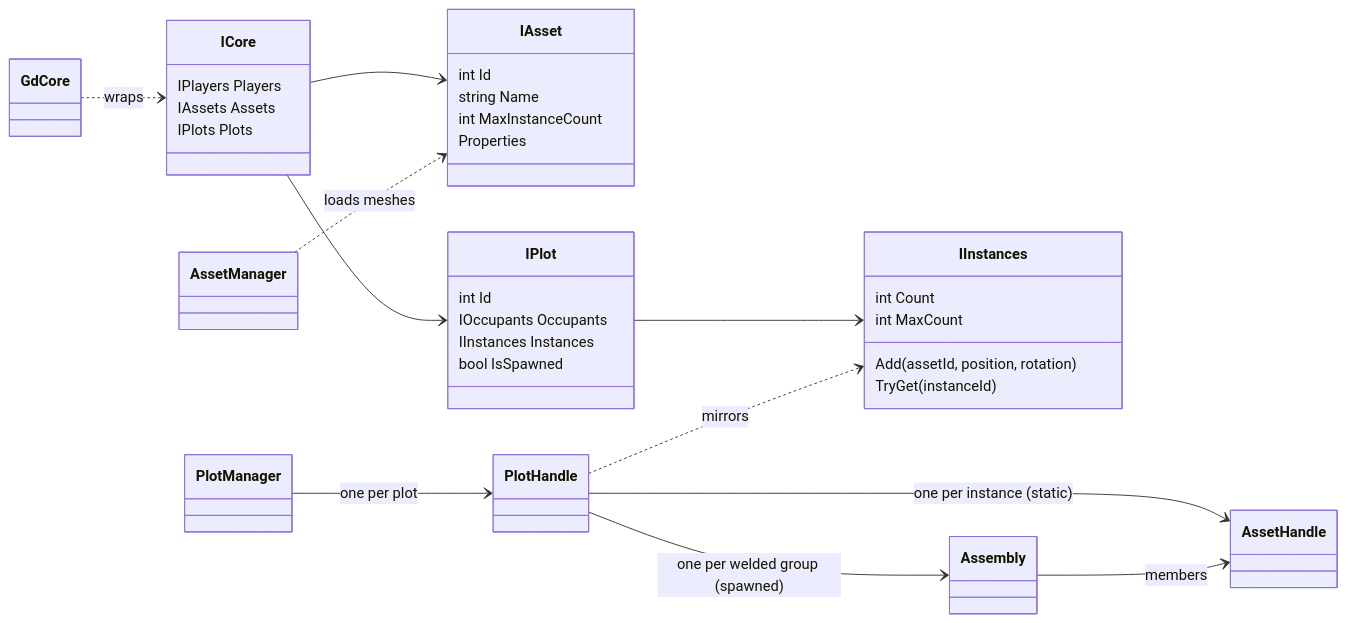
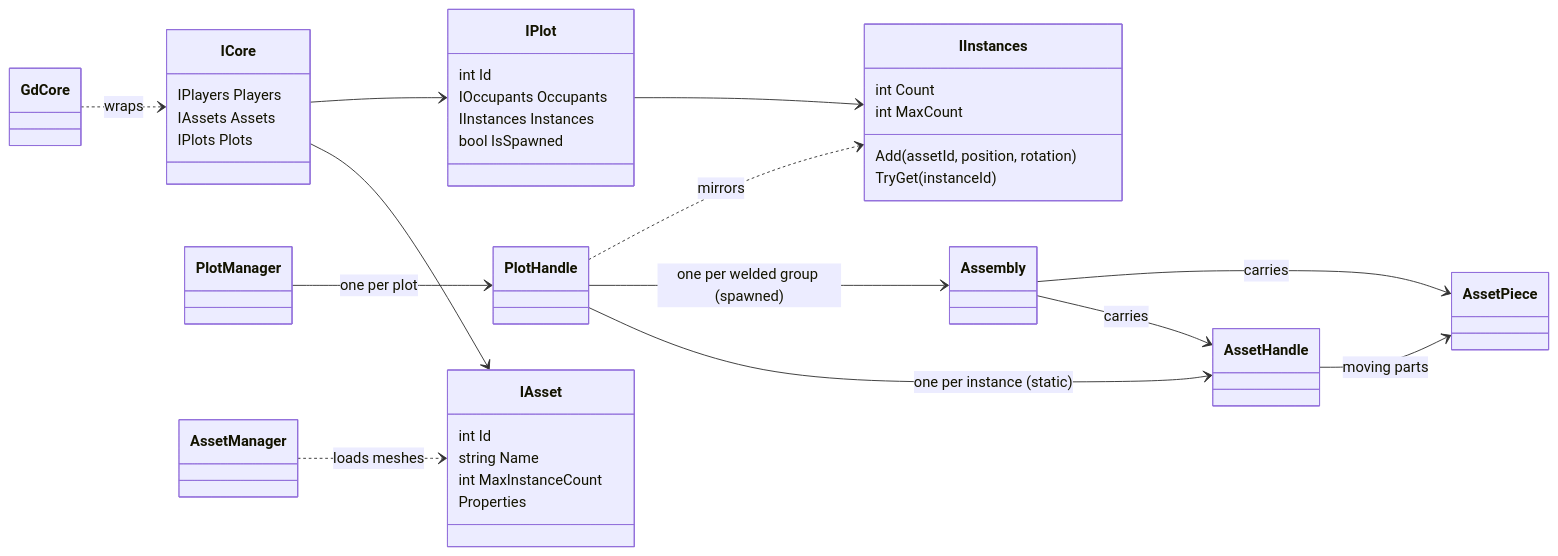
The third of 7 diagrams in .github/README.md (SubParSuperCar/Ensemble), drawn with Mermaid before and after one commit. The commit also changed other lines of this file and 33 other files, not shown here.

````diff
--- a/.github/README.md
+++ b/.github/README.md
@@ -377,44 +378,47 @@
 ```mermaid
 classDiagram
     direction LR
     class ICore {
         IPlayers Players
         IAssets Assets
         IPlots Plots
     }
     class IAsset {
         int Id
         string Name
         int MaxInstanceCount
         Properties
     }
     class IPlot {
         int Id
         IOccupants Occupants
         IInstances Instances
         bool IsSpawned
     }
     class IInstances {
         int Count
         int MaxCount
         Add(assetId, position, rotation)
         TryGet(instanceId)
     }
     class GdCore
     class PlotManager
     class PlotHandle
     class Assembly
     class AssetManager
     class AssetHandle
+    class AssetPiece
 
     ICore --> IAsset
     ICore --> IPlot
     IPlot --> IInstances
     GdCore ..> ICore : wraps
     PlotManager --> PlotHandle : one per plot
     PlotHandle --> AssetHandle : one per instance (static)
     PlotHandle --> Assembly : one per welded group (spawned)
-    Assembly --> AssetHandle : members
+    Assembly --> AssetHandle : carries
+    Assembly --> AssetPiece : carries
+    AssetHandle --> AssetPiece : moving parts
     AssetManager ..> IAsset : loads meshes
     PlotHandle ..> IInstances : mirrors
 ```
````
